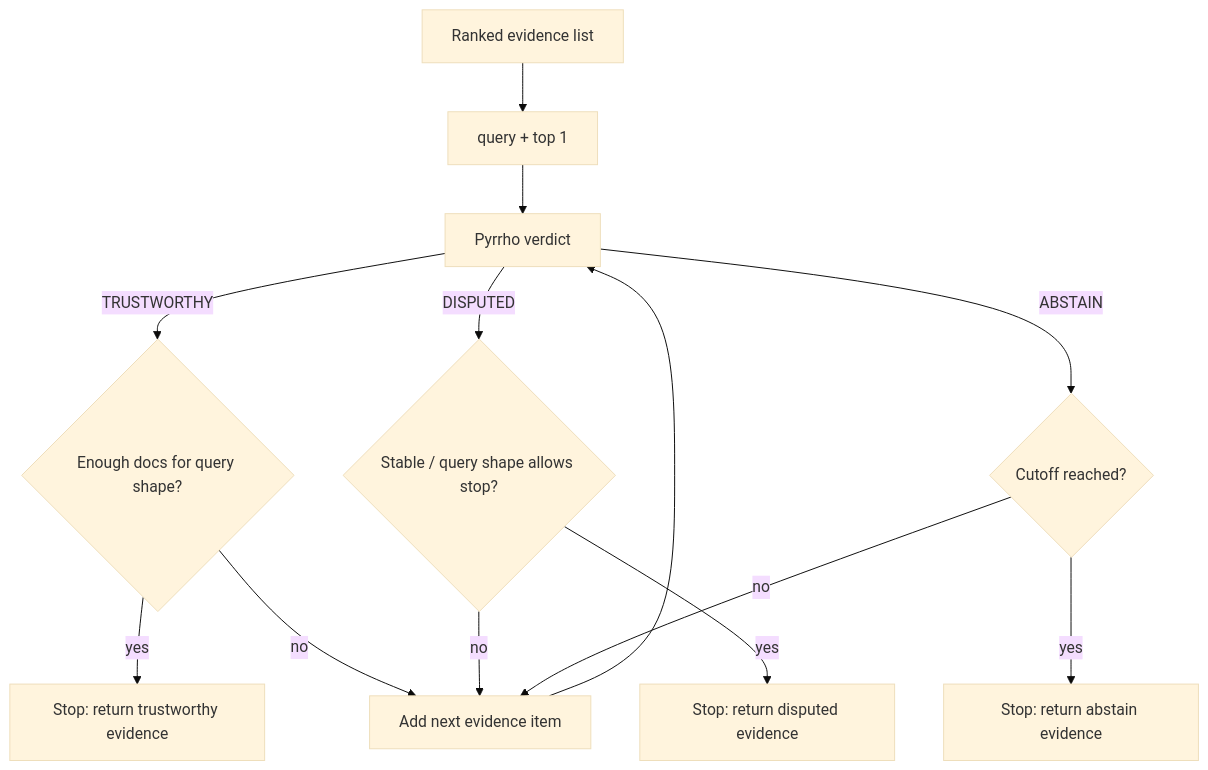
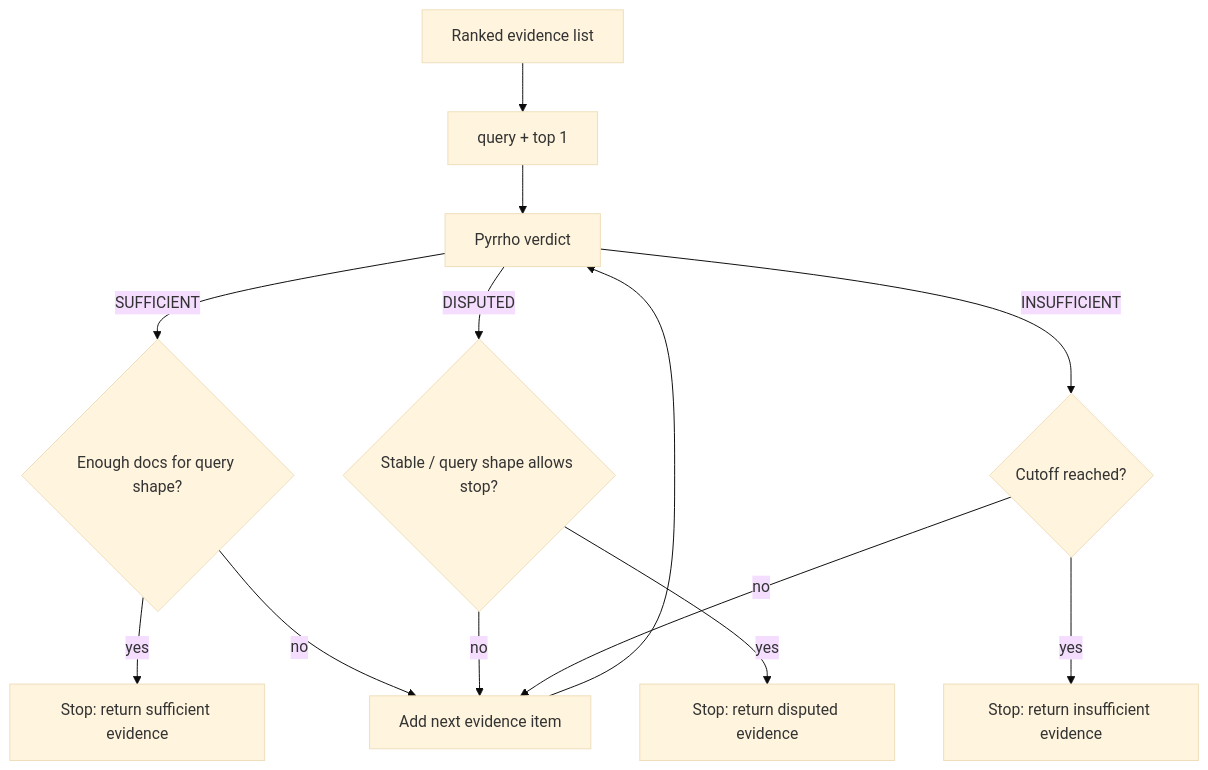
The third of 3 diagrams in docs/features/retrieval/three-stage-strategy.md (yafitzdev/fitz), drawn with Mermaid (base theme) before and after one commit. The commit also changed other lines of this file and 23 other files, not shown here.

````diff
--- a/docs/features/retrieval/three-stage-strategy.md
+++ b/docs/features/retrieval/three-stage-strategy.md
@@ -143,15 +141,15 @@
 ```mermaid
 flowchart TD
     A["Ranked evidence list"] --> B["query + top 1"]
     B --> C["Pyrrho verdict"]
-    C -->|"TRUSTWORTHY"| D{"Enough docs for query shape?"}
-    D -->|"yes"| T["Stop: return trustworthy evidence"]
+    C -->|"SUFFICIENT"| D{"Enough docs for query shape?"}
+    D -->|"yes"| T["Stop: return sufficient evidence"]
     D -->|"no"| N["Add next evidence item"]
     C -->|"DISPUTED"| U{"Stable / query shape allows stop?"}
     U -->|"yes"| V["Stop: return disputed evidence"]
     U -->|"no"| N
-    C -->|"ABSTAIN"| W{"Cutoff reached?"}
-    W -->|"yes"| X["Stop: return abstain evidence"]
+    C -->|"INSUFFICIENT"| W{"Cutoff reached?"}
+    W -->|"yes"| X["Stop: return insufficient evidence"]
     W -->|"no"| N
     N --> C
 ```
````
